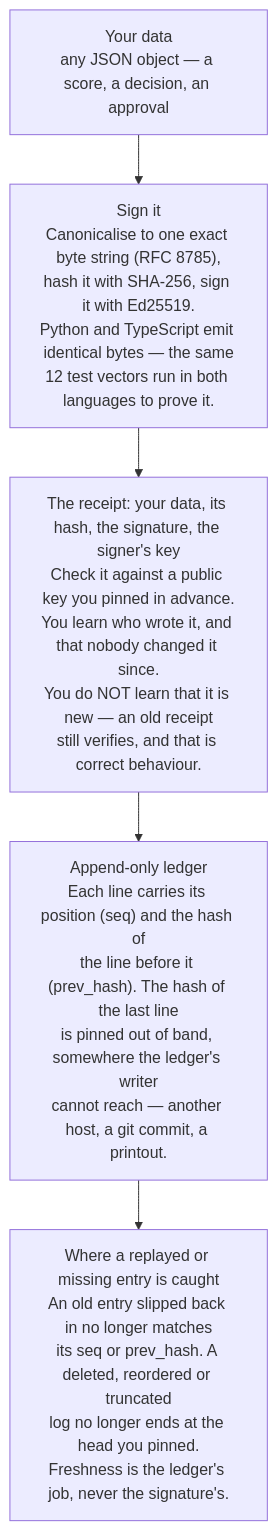
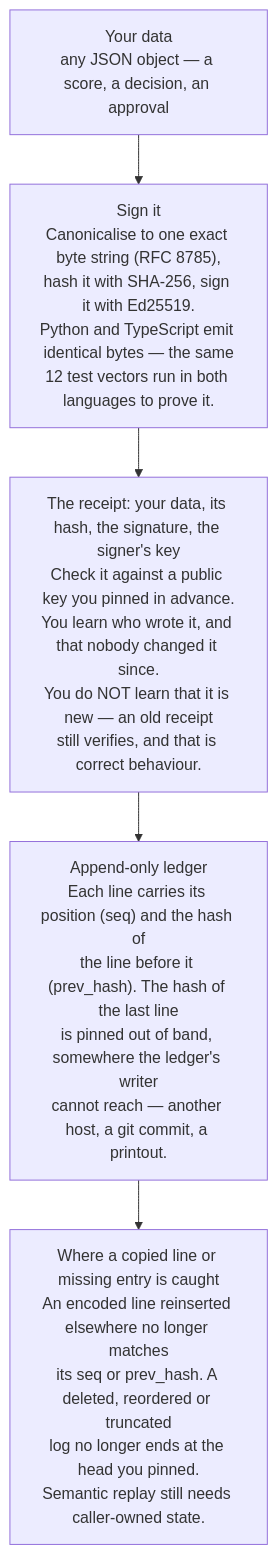
Before and after one commit to hseshadr/assay: the diagram in README.md, drawn with Mermaid. The commit also changed other lines of this file and 12 other files, not shown here.

````diff
--- a/README.md
+++ b/README.md
@@ -108,13 +108,13 @@
 ```mermaid
 flowchart TD
   data["Your data<br/>any JSON object — a score, a decision, an approval"]
   sign["Sign it<br/>Canonicalise to one exact byte string (RFC 8785),<br/>hash it with SHA-256, sign it with Ed25519.<br/>Python and TypeScript emit identical bytes — the same<br/>12 test vectors run in both languages to prove it."]
   receipt["The receipt: your data, its hash, the signature, the signer's key<br/>Check it against a public key you pinned in advance.<br/>You learn who wrote it, and that nobody changed it since.<br/>You do NOT learn that it is new — an old receipt<br/>still verifies, and that is correct behaviour."]
   ledger["Append-only ledger<br/>Each line carries its position (seq) and the hash of<br/>the line before it (prev_hash). The hash of the last line<br/>is pinned out of band, somewhere the ledger's writer<br/>cannot reach — another host, a git commit, a printout."]
-  caught["Where a replayed or missing entry is caught<br/>An old entry slipped back in no longer matches<br/>its seq or prev_hash. A deleted, reordered or truncated<br/>log no longer ends at the head you pinned.<br/>Freshness is the ledger's job, never the signature's."]
+  caught["Where a copied line or missing entry is caught<br/>An encoded line reinserted elsewhere no longer matches<br/>its seq or prev_hash. A deleted, reordered or truncated<br/>log no longer ends at the head you pinned.<br/>Semantic replay still needs caller-owned state."]
 
   data --> sign
   sign --> receipt
   receipt --> ledger
   ledger --> caught
 ```
````
